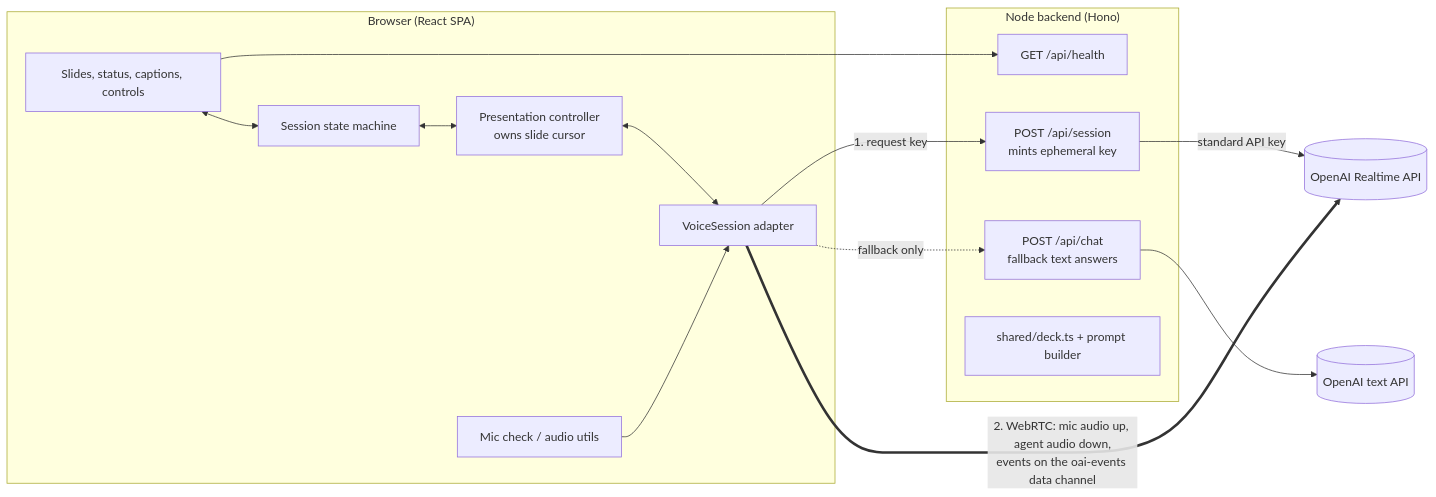
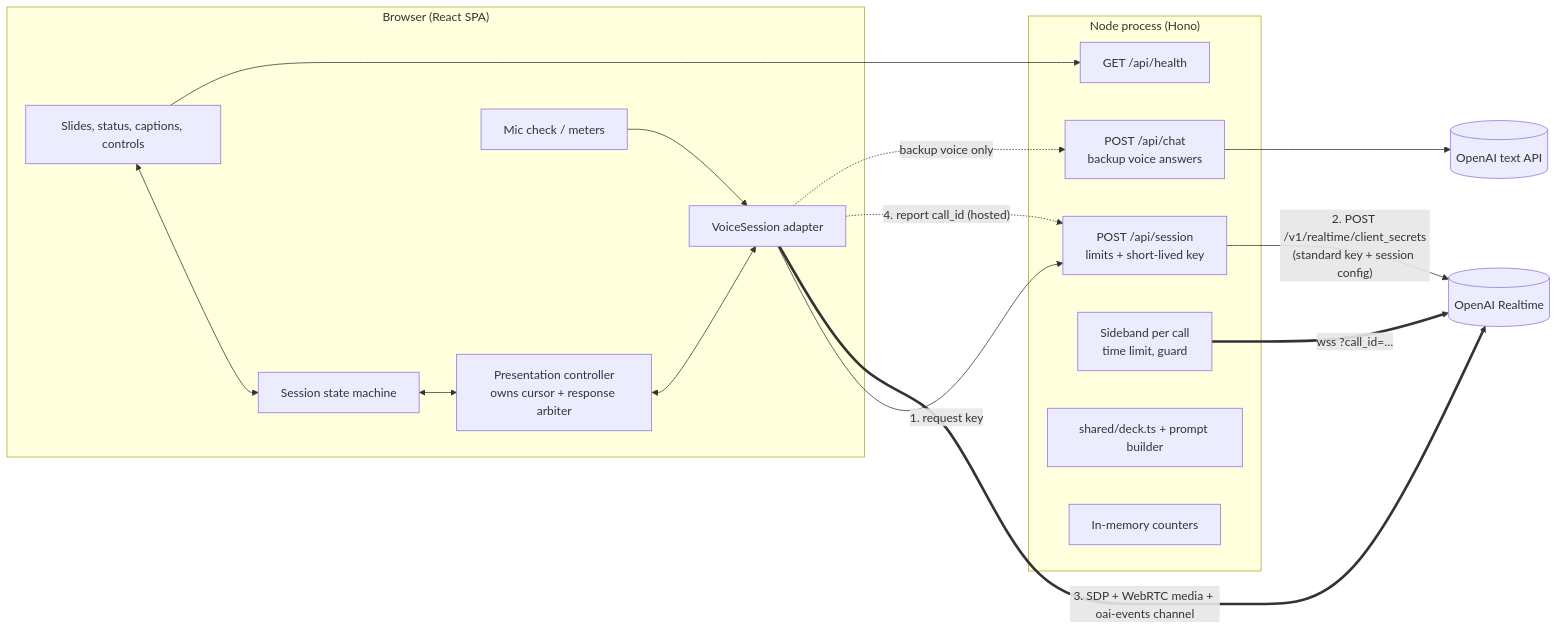
The first of 2 diagrams in docs/architecture.md (Bpriya42/voice_agents), drawn with Mermaid before and after one commit. The commit also changed other lines of this file and 5 other files, not shown here.

First line of the commit message:
Rewrite architecture as full decision record and align docs

````diff
--- a/docs/architecture.md
+++ b/docs/architecture.md
@@ -15,31 +69,35 @@
 ```mermaid
 flowchart LR
   subgraph Browser["Browser (React SPA)"]
     UI[Slides, status, captions, controls]
     SM[Session state machine]
-    PC[Presentation controller<br/>owns slide cursor]
+    PC[Presentation controller<br/>owns cursor + response arbiter]
     VA[VoiceSession adapter]
-    MIC[Mic check / audio utils]
+    MIC[Mic check / meters]
     UI <--> SM
     SM <--> PC
     PC <--> VA
     MIC --> VA
   end
 
-  subgraph Server["Node backend (Hono)"]
+  subgraph Server["Node process (Hono)"]
     H["GET /api/health"]
-    S["POST /api/session<br/>mints ephemeral key"]
-    C["POST /api/chat<br/>fallback text answers"]
+    S["POST /api/session<br/>limits + short-lived key"]
+    C["POST /api/chat<br/>backup voice answers"]
+    SB["Sideband per call<br/>time limit, guard"]
     D[shared/deck.ts + prompt builder]
+    L[In-memory counters]
   end
 
-  OAI[(OpenAI Realtime API)]
+  OAI[(OpenAI Realtime)]
   OAIT[(OpenAI text API)]
 
   VA -- "1. request key" --> S
-  S -- "standard API key" --> OAI
-  VA == "2. WebRTC: mic audio up, agent audio down,<br/>events on the oai-events data channel" ==> OAI
-  VA -. "fallback only" .-> C
+  S -- "2. POST /v1/realtime/client_secrets<br/>(standard key + session config)" --> OAI
+  VA == "3. SDP + WebRTC media + oai-events channel" ==> OAI
+  VA -. "4. report call_id (hosted)" .-> S
+  SB == "wss ?call_id=…" ==> OAI
+  VA -. "backup voice only" .-> C
   C --> OAIT
   UI --> H
 ```
````
